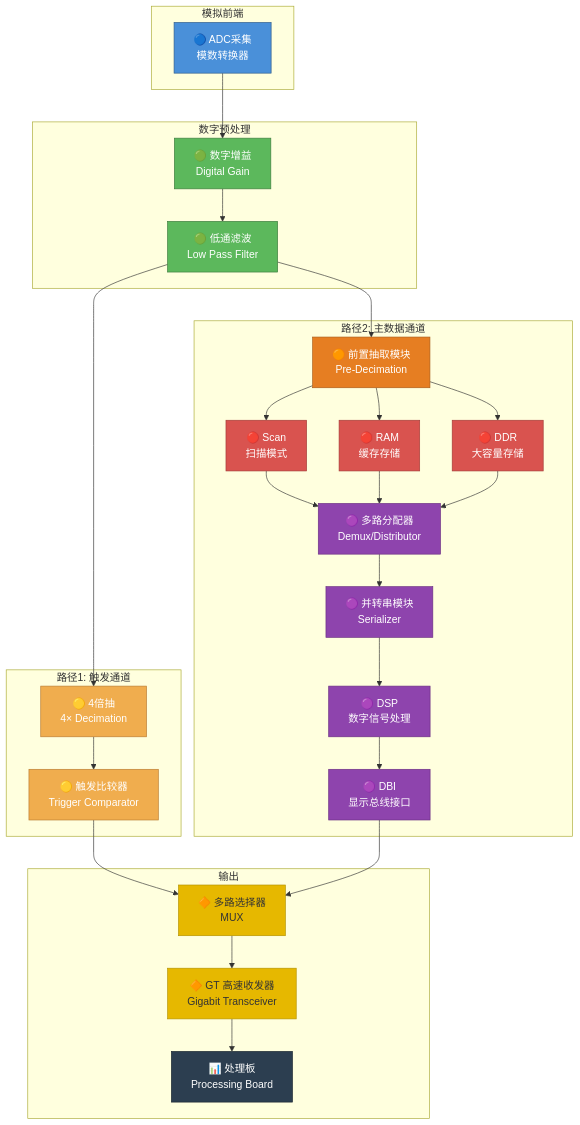
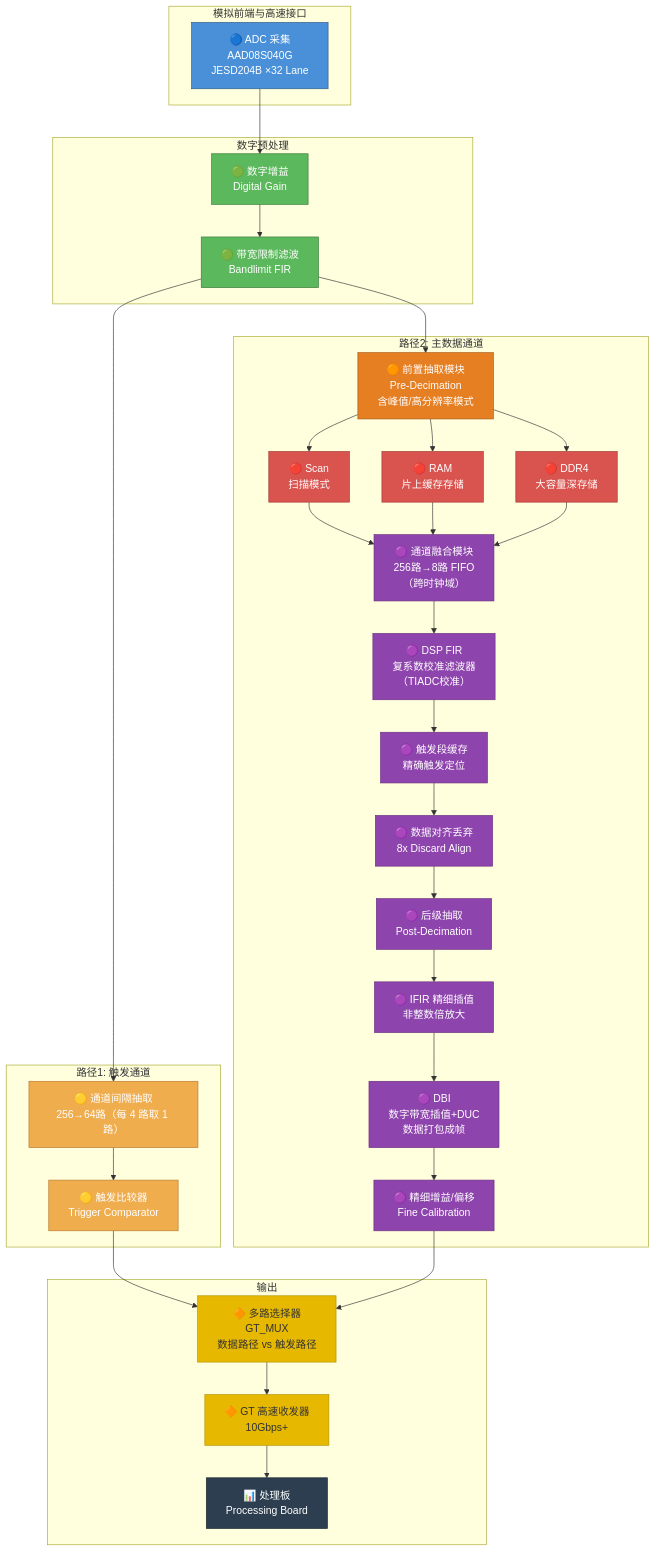
The diagram in source/_posts/示波器学习笔记1.md (mumutingyun/mumutingyun.github.io), drawn with Mermaid before and after one commit. The commit also changed other lines of this file and 1 other file, not shown here.

````diff
--- a/source/_posts/示波器学习笔记1.md
+++ b/source/_posts/示波器学习笔记1.md
@@ -15,56 +17,64 @@
 ```mermaid
 flowchart TB
-    subgraph 模拟前端
-        ADC["🔵 ADC采集<br/>模数转换器"]
+    subgraph 模拟前端与高速接口
+        ADC["🔵 ADC 采集<br/>AAD08S040G<br/>JESD204B ×32 Lane"]
     end
 
     subgraph 数字预处理
         DG["🟢 数字增益<br/>Digital Gain"]
-        LPF["🟢 低通滤波<br/>Low Pass Filter"]
+        LPF["🟢 带宽限制滤波<br/>Bandlimit FIR"]
     end
 
     subgraph 路径1: 触发通道
-        DEC4["🟡 4倍抽<br/>4× Decimation"]
+        DEC4["🟡 通道间隔抽取<br/>256→64路（每 4 路取 1 路）"]
         TRIG["🟡 触发比较器<br/>Trigger Comparator"]
     end
 
     subgraph 路径2: 主数据通道
-        PRE["🟠 前置抽取模块<br/>Pre-Decimation"]
+        PRE["🟠 前置抽取模块<br/>Pre-Decimation<br/>含峰值/高分辨率模式"]
         SCAN["🔴 Scan<br/>扫描模式"]
-        RAM["🔴 RAM<br/>缓存存储"]
-        DDR["🔴 DDR<br/>大容量存储"]
-        DEMUX["🟣 多路分配器<br/>Demux/Distributor"]
-        P2S["🟣 并转串模块<br/>Serializer"]
-        DSP_BLOCK["🟣 DSP<br/>数字信号处理"]
-        DBI_BLOCK["🟣 DBI<br/>显示总线接口"]
+        RAM["🔴 RAM<br/>片上缓存存储"]
+        DDR["🔴 DDR4<br/>大容量深存储"]
+        FUSE["🟣 通道融合模块<br/>256路→8路 FIFO<br/>（跨时钟域）"]
+        DSP_FIR["🟣 DSP FIR<br/>复系数校准滤波器<br/>（TIADC校准）"]
+        SEG_CACHE["🟣 触发段缓存<br/>精确触发定位"]
+        DISCARD["🟣 数据对齐丢弃<br/>8x Discard Align"]
+        POST_DEC["🟣 后级抽取<br/>Post-Decimation"]
+        IFIR["🟣 IFIR 精细插值<br/>非整数倍放大"]
+        DBI_BLOCK["🟣 DBI<br/>数字带宽插值+DUC<br/>数据打包成帧"]
+        FINE_CAL["🟣 精细增益/偏移<br/>Fine Calibration"]
     end
 
     subgraph 输出
-        MUX["🔶 多路选择器<br/>MUX"]
-        GT_BLOCK["🔶 GT 高速收发器<br/>Gigabit Transceiver"]
+        MUX["🔶 多路选择器<br/>GT_MUX<br/>数据路径 vs 触发路径"]
+        GT_BLOCK["🔶 GT 高速收发器<br/>10Gbps+"]
         BOARD["📊 处理板<br/>Processing Board"]
     end
 
     ADC --> DG --> LPF
     LPF --> DEC4 --> TRIG --> MUX
     LPF --> PRE --> SCAN & RAM & DDR
-    SCAN & RAM & DDR --> DEMUX --> P2S --> DSP_BLOCK --> DBI_BLOCK --> MUX
+    SCAN & RAM & DDR --> FUSE --> DSP_FIR --> SEG_CACHE --> DISCARD --> POST_DEC --> IFIR --> DBI_BLOCK --> FINE_CAL --> MUX
     MUX --> GT_BLOCK --> BOARD
 
     style ADC fill:#4A90D9,stroke:#2E5A88,color:#fff
     style DG fill:#5CB85C,stroke:#3D7A3D,color:#fff
     style LPF fill:#5CB85C,stroke:#3D7A3D,color:#fff
     style DEC4 fill:#F0AD4E,stroke:#B87A30,color:#fff
     style TRIG fill:#F0AD4E,stroke:#B87A30,color:#fff
     style PRE fill:#E67E22,stroke:#A85A18,color:#fff
     style SCAN fill:#D9534F,stroke:#A33A37,color:#fff
     style RAM fill:#D9534F,stroke:#A33A37,color:#fff
     style DDR fill:#D9534F,stroke:#A33A37,color:#fff
-    style DEMUX fill:#8E44AD,stroke:#6A2E82,color:#fff
-    style P2S fill:#8E44AD,stroke:#6A2E82,color:#fff
-    style DSP_BLOCK fill:#8E44AD,stroke:#6A2E82,color:#fff
+    style FUSE fill:#8E44AD,stroke:#6A2E82,color:#fff
+    style DSP_FIR fill:#8E44AD,stroke:#6A2E82,color:#fff
+    style SEG_CACHE fill:#8E44AD,stroke:#6A2E82,color:#fff
+    style DISCARD fill:#8E44AD,stroke:#6A2E82,color:#fff
+    style POST_DEC fill:#8E44AD,stroke:#6A2E82,color:#fff
+    style IFIR fill:#8E44AD,stroke:#6A2E82,color:#fff
     style DBI_BLOCK fill:#8E44AD,stroke:#6A2E82,color:#fff
+    style FINE_CAL fill:#8E44AD,stroke:#6A2E82,color:#fff
     style MUX fill:#E6B800,stroke:#B39200,color:#333
     style GT_BLOCK fill:#E6B800,stroke:#B39200,color:#333
     style BOARD fill:#2C3E50,stroke:#1A252F,color:#fff
 ```
````
